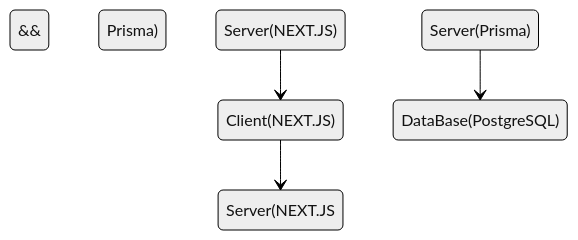
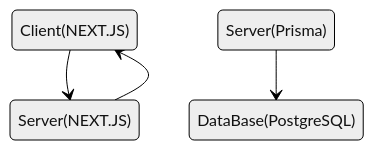
One commit to JerryPeace/BeyondLimits changed the diagram in README.md. Above: the diagram before and after it, drawn with Mermaid (neutral theme).

````diff
--- a/README.md
+++ b/README.md
@@ -37,6 +37,6 @@
 ```mermaid
 stateDiagram
-    Client(NEXT.JS) --> Server(NEXT.JS && Prisma)
+    Client(NEXT.JS) --> Server(NEXT.JS)
     Server(Prisma) --> DataBase(PostgreSQL)
     Server(NEXT.JS) --> Client(NEXT.JS)
 ```
````
